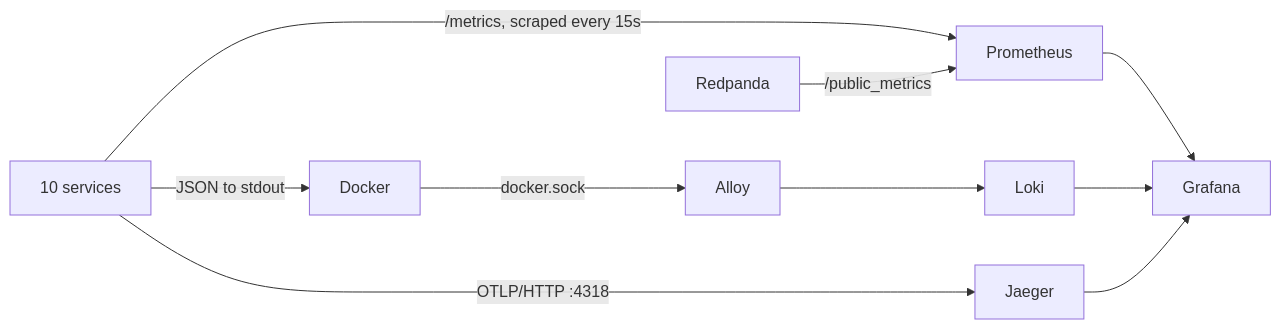
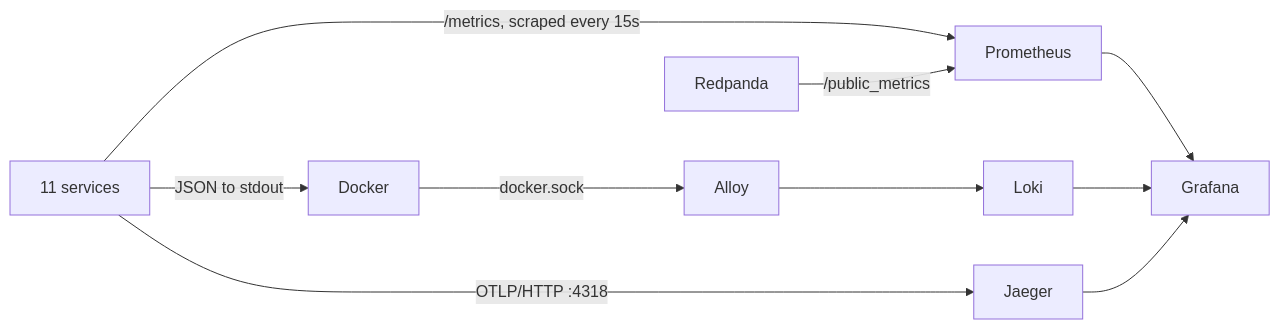
Before and after one commit to vahan-sahakyan/distributed-social-network: the diagram in docs/observability.md, drawn with Mermaid. The commit also changed other lines of this file and 42 other files, not shown here.

````diff
--- a/docs/observability.md
+++ b/docs/observability.md
@@ -28,11 +28,11 @@
 ```mermaid
 graph LR
-    Svc[10 services] -->|/metrics, scraped every 15s| Prom[Prometheus]
+    Svc[11 services] -->|/metrics, scraped every 15s| Prom[Prometheus]
     Redpanda -->|/public_metrics| Prom
     Svc -->|OTLP/HTTP :4318| Jaeger
     Svc -->|JSON to stdout| Docker
     Docker -->|docker.sock| Alloy --> Loki
     Prom --> Grafana
     Loki --> Grafana
     Jaeger --> Grafana
 ```
````
